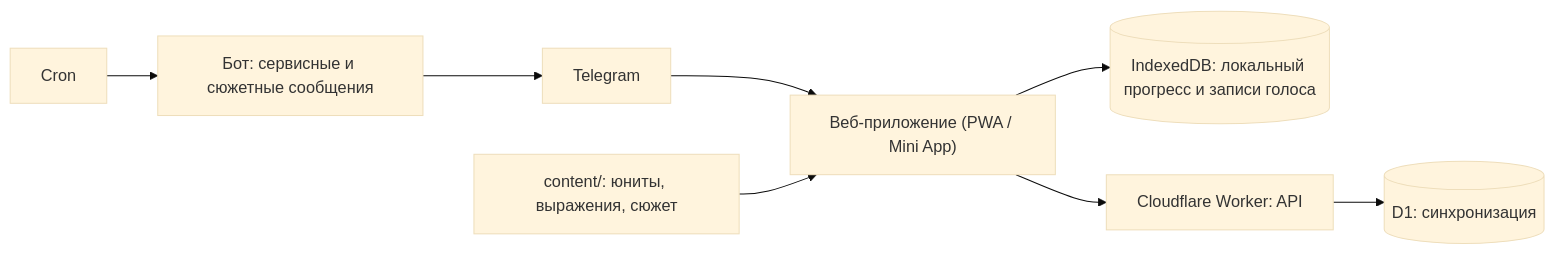
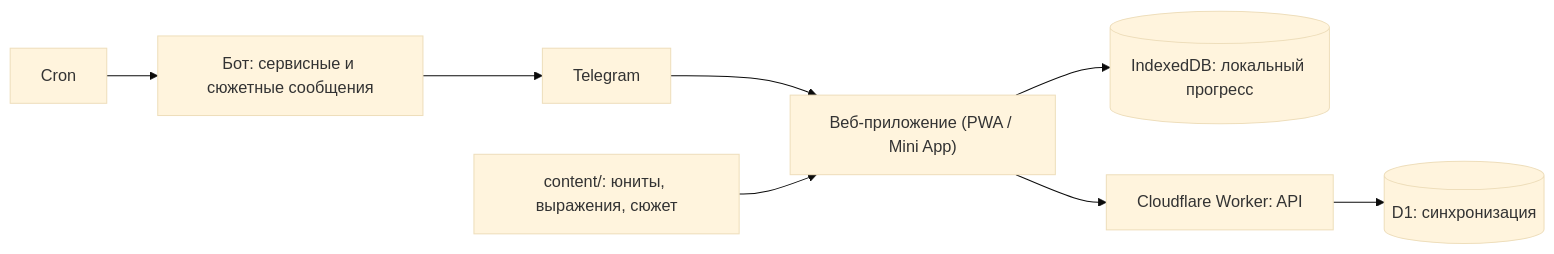
Before and after one commit to nook2b/english-learning: the second of 2 diagrams in docs/00-full-plan.md, drawn with Mermaid (base theme). The commit also changed other lines of this file and 5 other files, not shown here.

First line of the commit message:
Add heroine reference images; speech via mic, no timelines

````diff
--- a/docs/00-full-plan.md
+++ b/docs/00-full-plan.md
@@ -393,10 +399,10 @@
 ```mermaid
 flowchart LR
   TG["Telegram"] --> App["Веб-приложение (PWA / Mini App)"]
-  App --> IDB[("IndexedDB: локальный прогресс и записи голоса")]
+  App --> IDB[("IndexedDB: локальный прогресс")]
   App --> API["Cloudflare Worker: API"]
   API --> D1[("D1: синхронизация")]
   Cron["Cron"] --> Bot["Бот: сервисные и сюжетные сообщения"]
   Bot --> TG
   Content["content/: юниты, выражения, сюжет"] --> App
 ```
````
